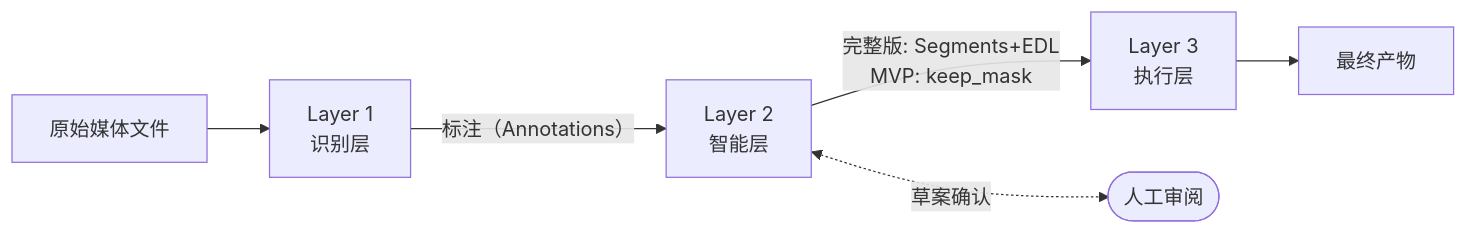
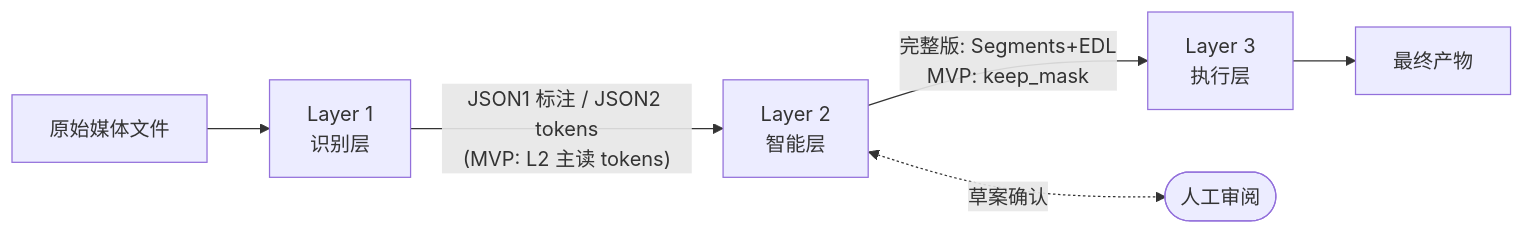
Before and after one commit to yy35959199/ascut: the first of 2 diagrams in doc/AutoSmartCut.md, drawn with Mermaid. The commit also changed other lines of this file and 29 other files, not shown here.

First line of the commit message:
feat(l2): JSON2 tokens, multi-turn LLM 2a, VAD silence, docs and fixtures

````diff
--- a/doc/AutoSmartCut.md
+++ b/doc/AutoSmartCut.md
@@ -150,16 +151,16 @@
 ```mermaid
 flowchart LR
     src["原始媒体文件"]
     L1["Layer 1\n识别层"]
     L2["Layer 2\n智能层"]
     L3["Layer 3\n执行层"]
     out["最终产物"]
 
     src --> L1
-    L1 -->|"标注（Annotations）"| L2
+    L1 -->|"JSON1 标注 / JSON2 tokens\n(MVP: L2 主读 tokens)"| L2
     L2 -->|"完整版: Segments+EDL\nMVP: keep_mask"| L3
     L3 --> out
 
     human(["人工审阅"])
     L2 <-.->|"草案确认"| human
 ```
````
